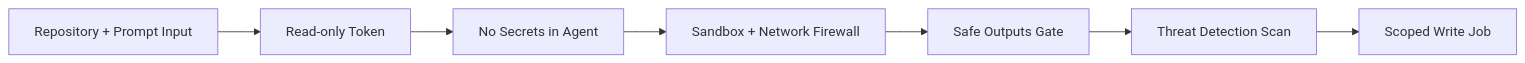
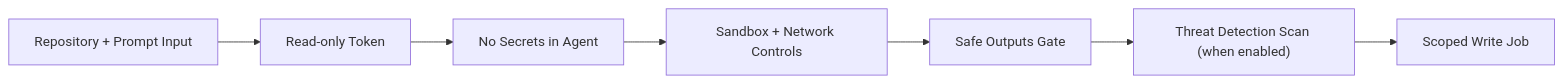
One commit to githubnext/gh-aw changed the diagram in docs/src/content/docs/index.mdx. Above: the diagram before and after it, drawn with Mermaid. The commit also changed other lines of this file and 51 other files, not shown here.

````diff
--- a/docs/src/content/docs/index.mdx
+++ b/docs/src/content/docs/index.mdx
@@ -75,9 +73,9 @@
 ```mermaid
 flowchart LR
     INPUT["Repository + Prompt Input"] --> TOKENS["Read-only Token"]
     TOKENS --> SECRETS["No Secrets in Agent"]
-    SECRETS --> SANDBOX["Sandbox + Network Firewall"]
+    SECRETS --> SANDBOX["Sandbox + Network Controls"]
     SANDBOX --> SAFE["Safe Outputs Gate"]
-    SAFE --> DETECT["Threat Detection Scan"]
+    SAFE --> DETECT["Threat Detection Scan (when enabled)"]
     DETECT --> APPLY["Scoped Write Job"]
 ```
````
